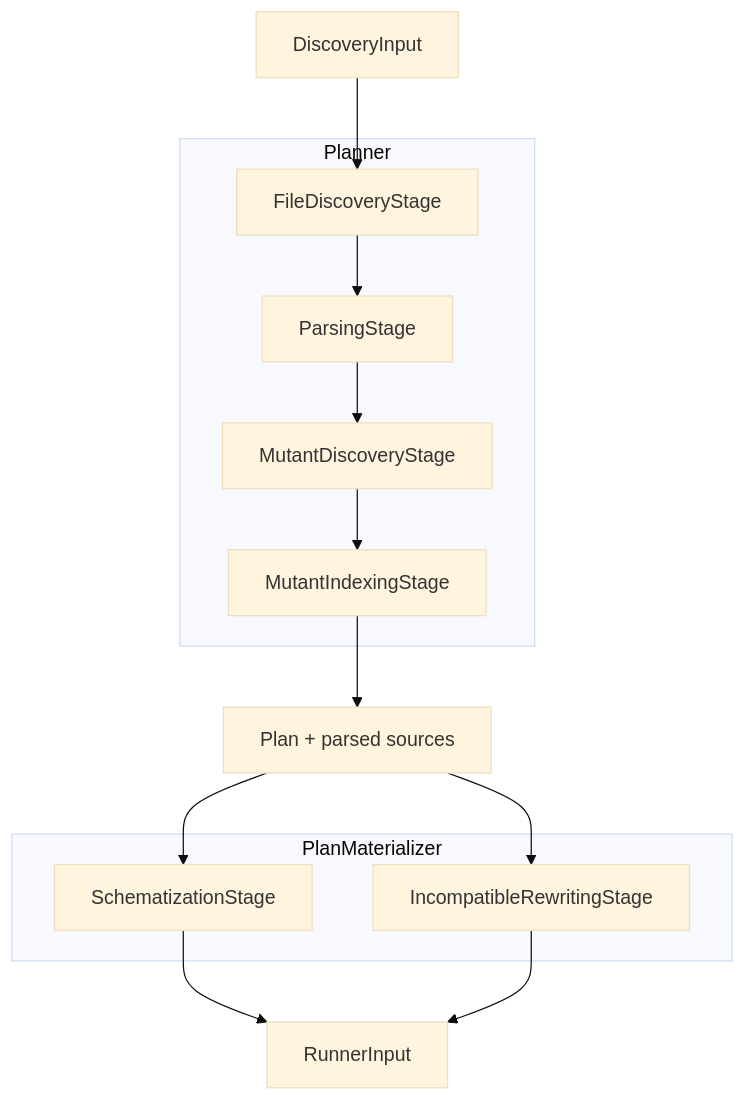
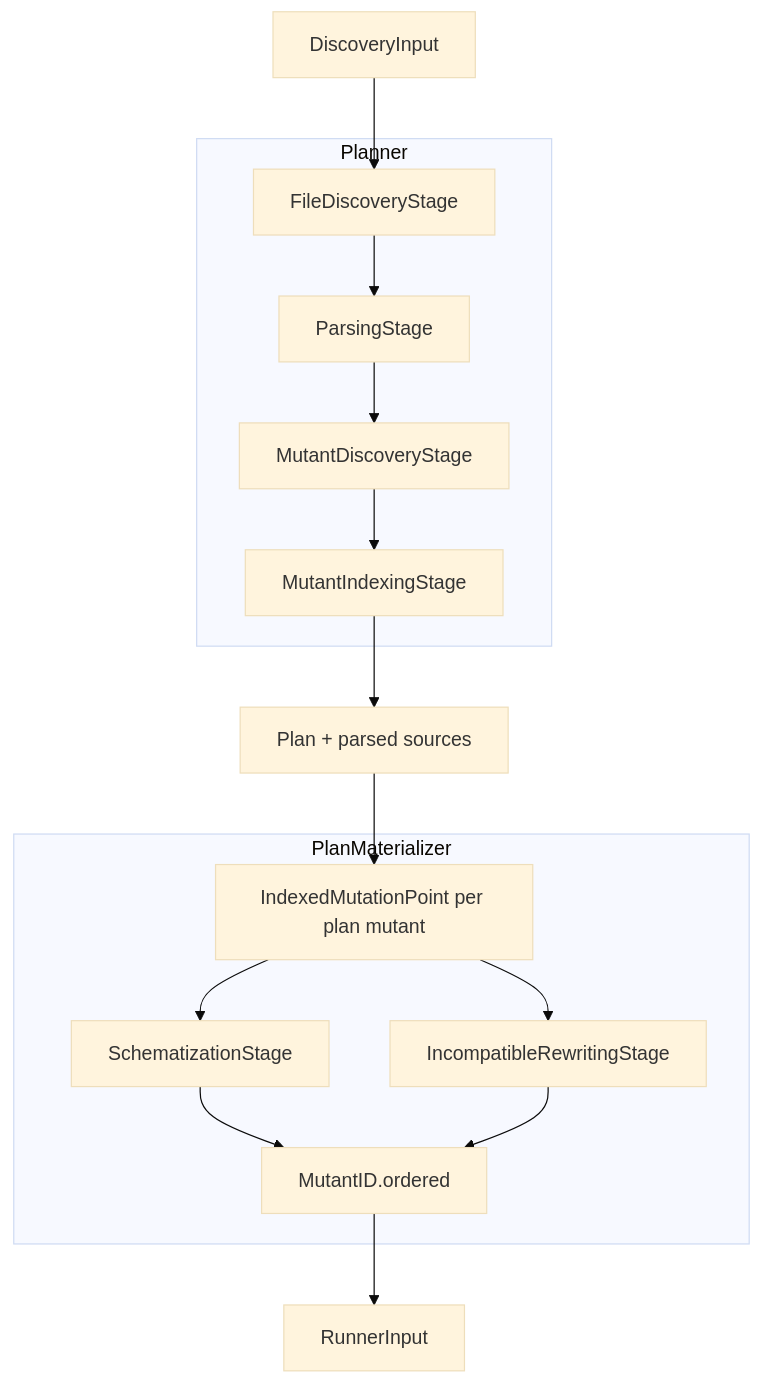
One commit to ericodx/swift-mutation-testing changed the diagram in Docs/Architecture/02-discovery.md. Above: the diagram before and after it, drawn with Mermaid (base theme). The commit also changed other lines of this file and 6 other files, not shown here.

Commit message:
docs: check the architecture documents against the code and redraw the module map, entry point, pipeline and execution diagrams

````diff
--- a/Docs/Architecture/02-discovery.md
+++ b/Docs/Architecture/02-discovery.md
@@ -11,18 +11,22 @@
 ```mermaid
 flowchart TD
     IN[DiscoveryInput] --> FD
     subgraph Planner
         FD[FileDiscoveryStage] --> PA[ParsingStage]
         PA --> MD[MutantDiscoveryStage]
         MD --> MI[MutantIndexingStage]
     end
     MI --> PLAN[Plan + parsed sources]
     subgraph PlanMaterializer
+        IX[IndexedMutationPoint per plan mutant]
         SC[SchematizationStage]
         IR[IncompatibleRewritingStage]
+        ORD[MutantID.ordered]
     end
-    PLAN --> SC
-    PLAN --> IR
-    SC --> OUT[RunnerInput]
-    IR --> OUT
+    PLAN --> IX
+    IX --> SC
+    IX --> IR
+    SC --> ORD
+    IR --> ORD
+    ORD --> OUT[RunnerInput]
 ```
````
